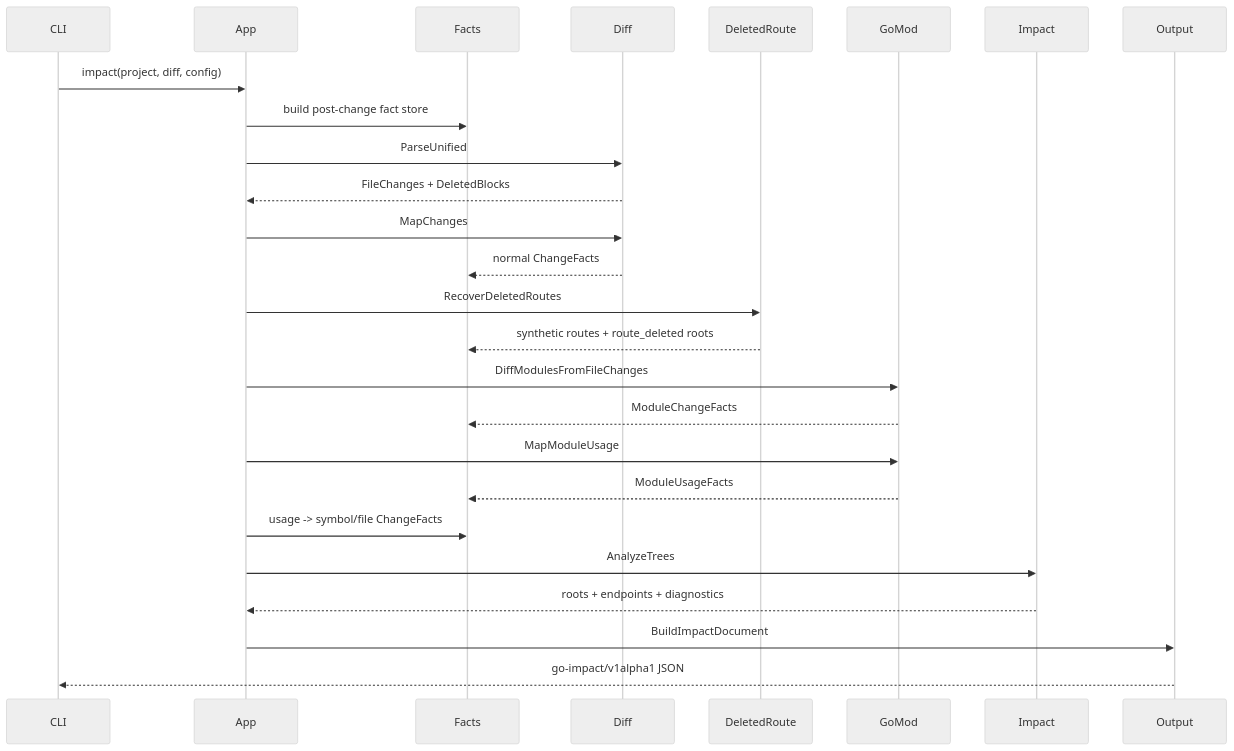
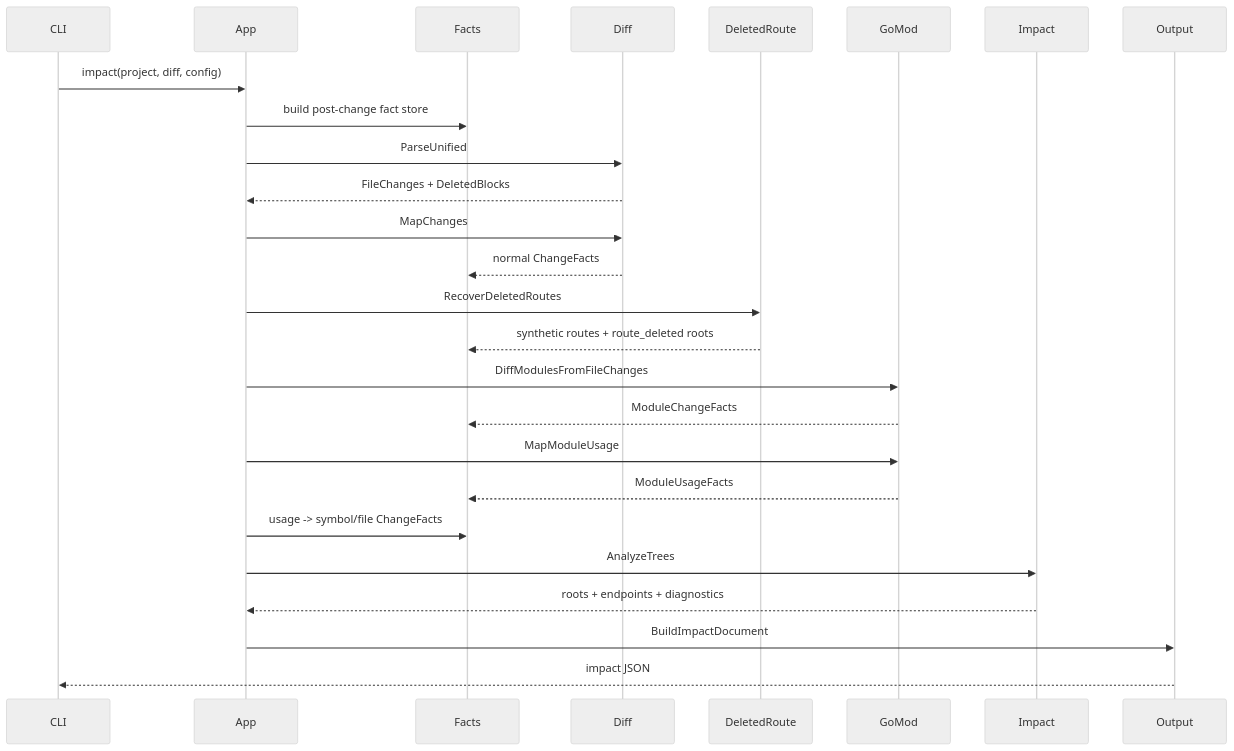
The fifth of 5 diagrams in ARCHITECTURE.md (Flying-Bird1999/go-analyzer), drawn with Mermaid (neutral theme) before and after one commit. The commit also changed other lines of this file and 35 other files, not shown here.

Commit message:
feat: compact impact output and improve BFF propagation

````diff
--- a/ARCHITECTURE.md
+++ b/ARCHITECTURE.md
@@ -805,29 +806,29 @@
 ```mermaid
 sequenceDiagram
     participant CLI
     participant App
     participant Facts
     participant Diff
     participant DeletedRoute
     participant GoMod
     participant Impact
     participant Output
 
     CLI->>App: impact(project, diff, config)
     App->>Facts: build post-change fact store
     App->>Diff: ParseUnified
     Diff-->>App: FileChanges + DeletedBlocks
     App->>Diff: MapChanges
     Diff-->>Facts: normal ChangeFacts
     App->>DeletedRoute: RecoverDeletedRoutes
     DeletedRoute-->>Facts: synthetic routes + route_deleted roots
     App->>GoMod: DiffModulesFromFileChanges
     GoMod-->>Facts: ModuleChangeFacts
     App->>GoMod: MapModuleUsage
     GoMod-->>Facts: ModuleUsageFacts
     App->>Facts: usage -> symbol/file ChangeFacts
     App->>Impact: AnalyzeTrees
     Impact-->>App: roots + endpoints + diagnostics
     App->>Output: BuildImpactDocument
-    Output-->>CLI: go-impact/v1alpha1 JSON
+    Output-->>CLI: impact JSON
 ```
````
